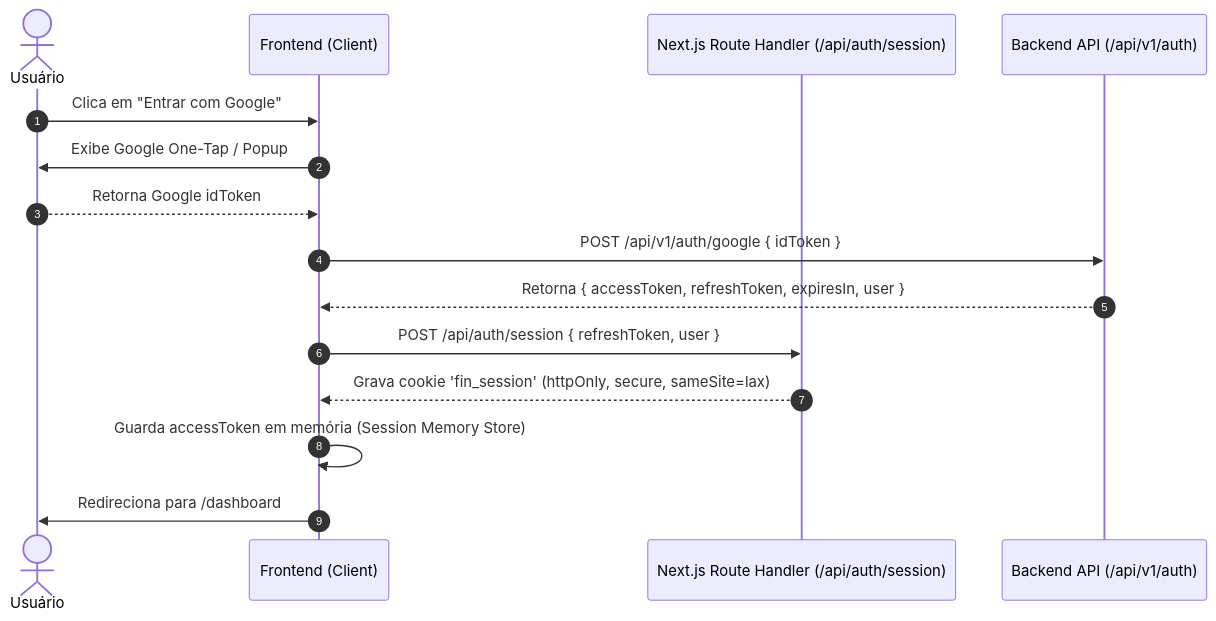
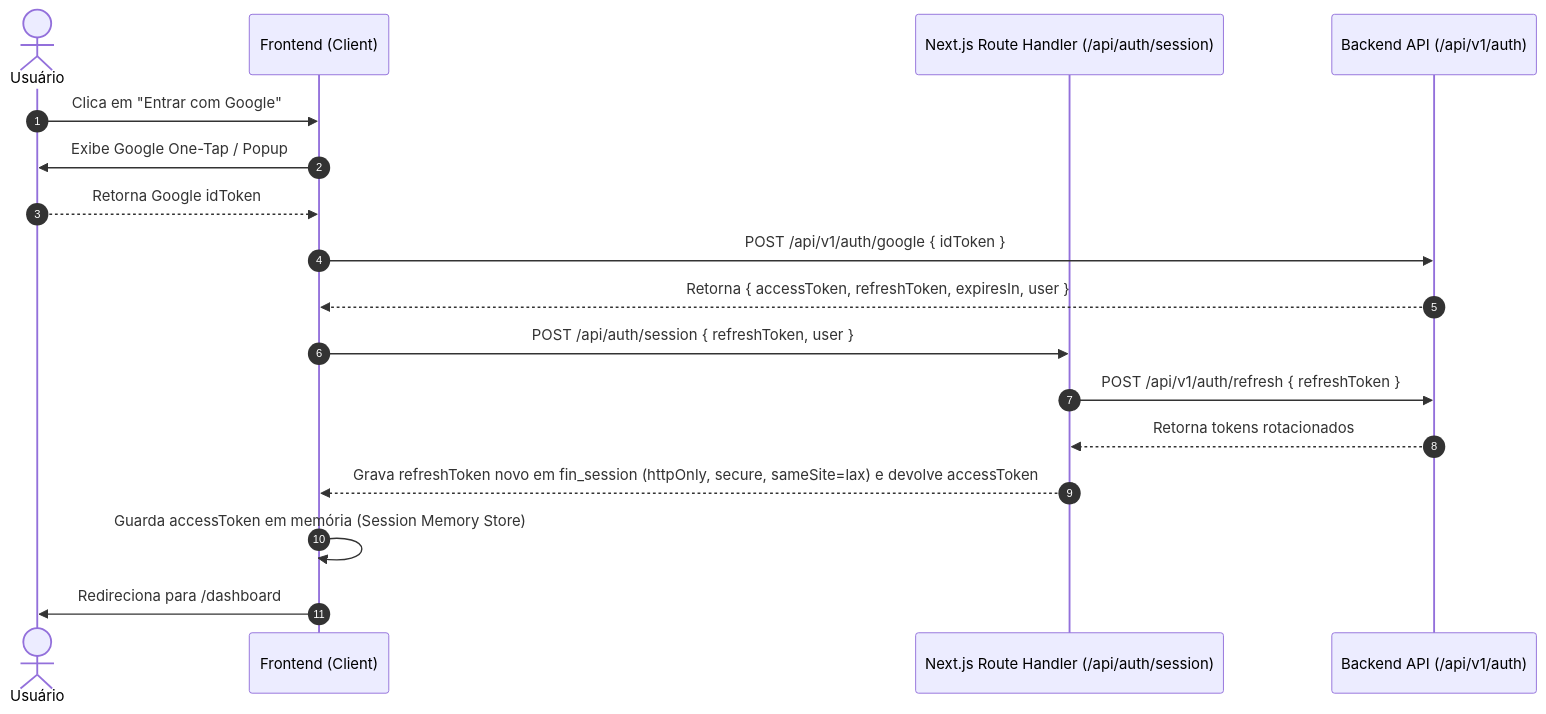
One commit to fxxggah/frontend-finance-platform changed the diagram in docs/architecture.md. Above: the diagram before and after it, drawn with Mermaid. The commit also changed other lines of this file and 15 other files, not shown here.

````diff
--- a/docs/architecture.md
+++ b/docs/architecture.md
@@ -82,18 +82,20 @@
 ```mermaid
 sequenceDiagram
     autonumber
     actor User as Usuário
     participant Front as Frontend (Client)
     participant NextRoute as Next.js Route Handler (/api/auth/session)
     participant Back as Backend API (/api/v1/auth)
 
     User->>Front: Clica em "Entrar com Google"
     Front->>User: Exibe Google One-Tap / Popup
     User-->>Front: Retorna Google idToken
     Front->>Back: POST /api/v1/auth/google { idToken }
     Back-->>Front: Retorna { accessToken, refreshToken, expiresIn, user }
     Front->>NextRoute: POST /api/auth/session { refreshToken, user }
-    NextRoute-->>Front: Grava cookie 'fin_session' (httpOnly, secure, sameSite=lax)
+    NextRoute->>Back: POST /api/v1/auth/refresh { refreshToken }
+    Back-->>NextRoute: Retorna tokens rotacionados
+    NextRoute-->>Front: Grava refreshToken novo em fin_session (httpOnly, secure, sameSite=lax) e devolve accessToken
     Front->>Front: Guarda accessToken em memória (Session Memory Store)
     Front->>User: Redireciona para /dashboard
 ```
````
